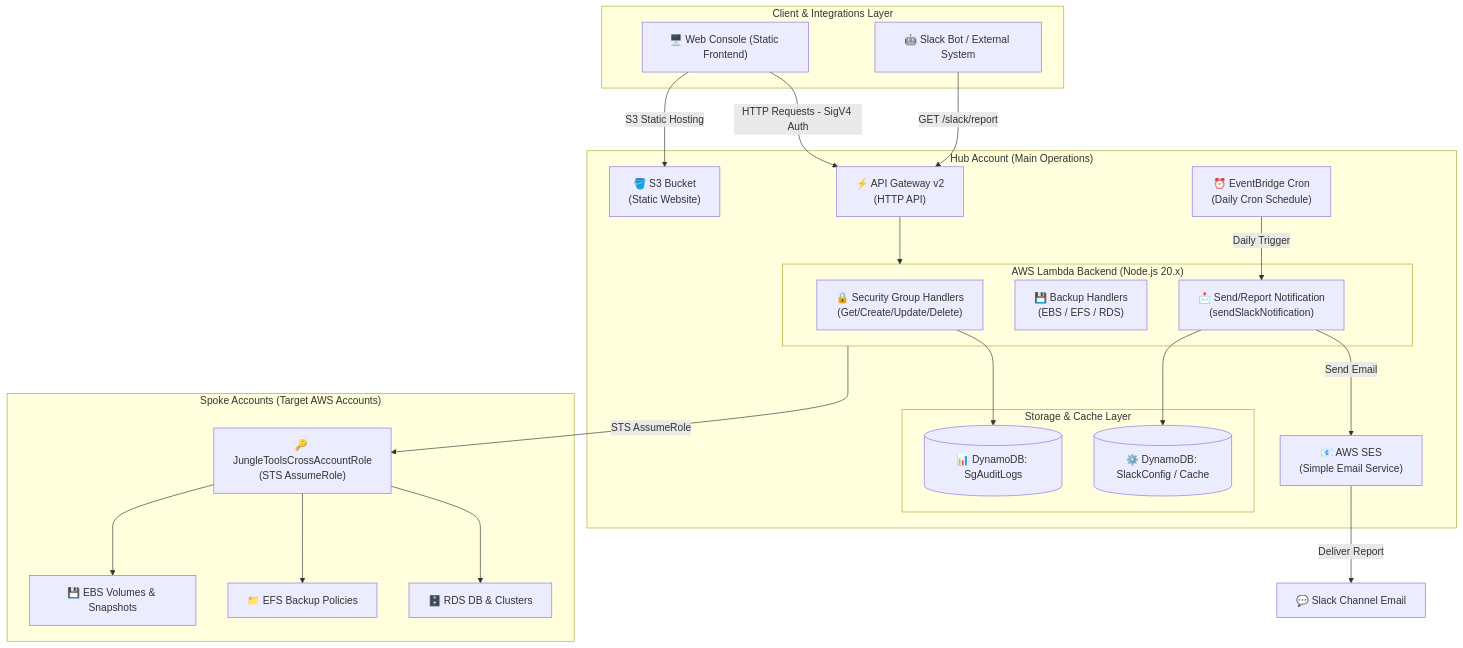
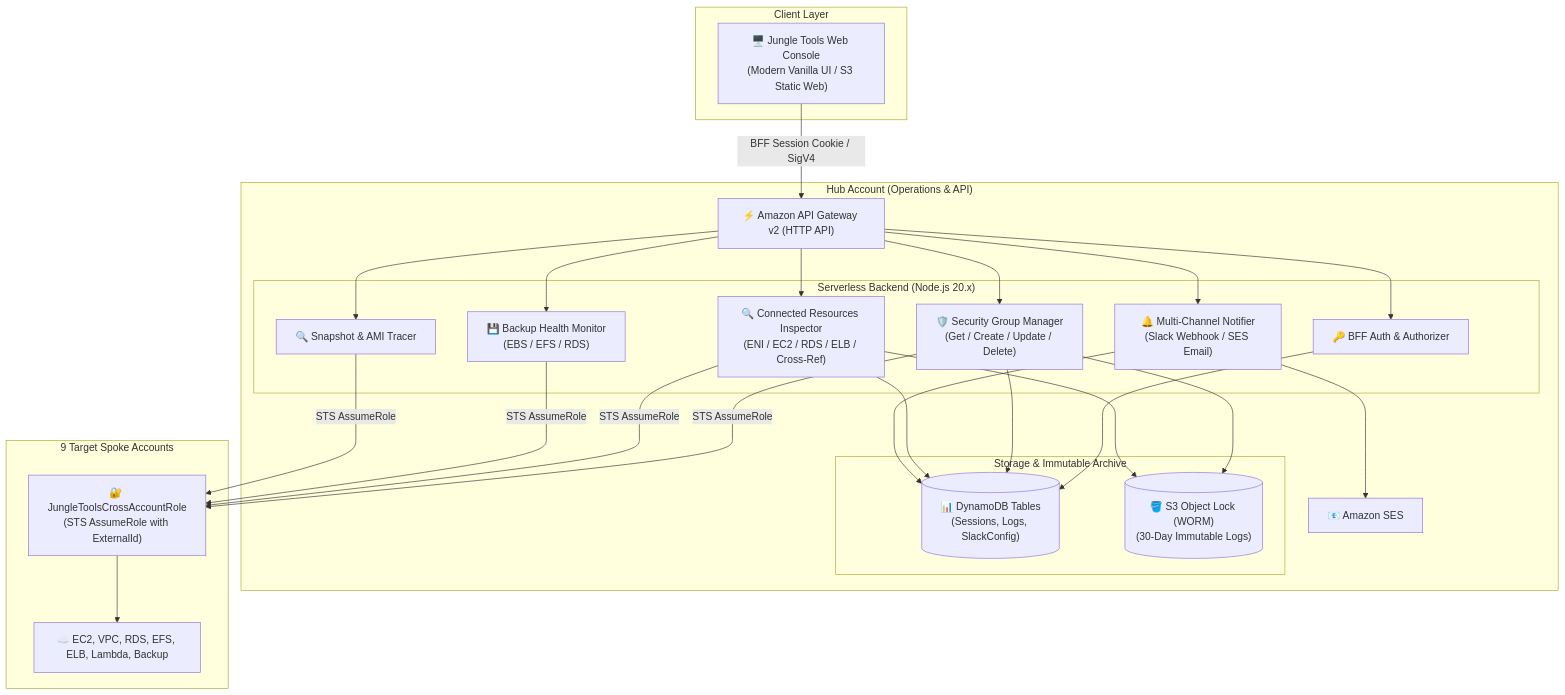
The diagram in docs/README_EN.md (keikun80/jungler), drawn with Mermaid before and after one commit. The commit also changed other lines of this file and 16 other files, not shown here.

````diff
--- a/docs/README_EN.md
+++ b/docs/README_EN.md
@@ -47,50 +121,43 @@
 ```mermaid
 flowchart TB
-    subgraph Client ["Client & Integrations Layer"]
-        Browser["🖥️ Web Console (Static Frontend)"]
-        SlackBot["🤖 Slack Bot / External System"]
+    subgraph Client ["Client Layer"]
+        Browser["🖥️ Jungle Tools Web Console<br/>(Modern Vanilla UI / S3 Static Web)"]
     end
 
-    subgraph HubAccount ["Hub Account (Main Operations)"]
-        S3["🪣 S3 Bucket<br/>(Static Website)"]
-        APIGW["⚡ API Gateway v2<br/>(HTTP API)"]
+    subgraph Hub ["Hub Account (Operations & API)"]
+        APIGW["⚡ Amazon API Gateway v2 (HTTP API)"]
         
-        subgraph Lambdas ["AWS Lambda Backend (Node.js 20.x)"]
-            SG_Func["🔒 Security Group Handlers<br/>(Get/Create/Update/Delete)"]
-            Backup_Func["💾 Backup Handlers<br/>(EBS / EFS / RDS)"]
-            Slack_Func["📩 Send/Report Notification<br/>(sendSlackNotification)"]
+        subgraph Lambdas ["Serverless Backend (Node.js 20.x)"]
+            Auth["🔑 BFF Auth & Authorizer"]
+            SG["🛡️ Security Group Manager<br/>(Get / Create / Update / Delete)"]
+            SGRes["🔍 Connected Resources Inspector<br/>(ENI / EC2 / RDS / ELB / Cross-Ref)"]
+            Backup["💾 Backup Health Monitor<br/>(EBS / EFS / RDS)"]
+            Tracer["🔍 Snapshot & AMI Tracer"]
+            Noti["🔔 Multi-Channel Notifier<br/>(Slack Webhook / SES Email)"]
         end
 
-        subgraph Storage ["Storage & Cache Layer"]
-            AuditDB[("📊 DynamoDB: SgAuditLogs")]
-            SlackDB[("⚙️ DynamoDB: SlackConfig / Cache")]
+        subgraph Storage ["Storage & Immutable Archive"]
+            DDB[("📊 DynamoDB Tables<br/>(Sessions, Logs, SlackConfig)")]
+            S3WORM[("🪣 S3 Object Lock (WORM)<br/>(30-Day Immutable Logs)")]
         end
 
-        SES["📧 AWS SES<br/>(Simple Email Service)"]
-        EventBridge["⏰ EventBridge Cron<br/>(Daily Cron Schedule)"]
+        SES["📧 Amazon SES"]
     end
 
-    subgraph SpokeAccounts ["Spoke Accounts (Target AWS Accounts)"]
-        SpokeRole["🔑 JungleToolsCrossAccountRole<br/>(STS AssumeRole)"]
-        EBS["💾 EBS Volumes & Snapshots"]
-        EFS["📁 EFS Backup Policies"]
-        RDS["🗄️ RDS DB & Clusters"]
+    subgraph Spokes ["9 Target Spoke Accounts"]
+        SpokeIAM["🔐 JungleToolsCrossAccountRole<br/>(STS AssumeRole with ExternalId)"]
+        Resources["☁️ EC2, VPC, RDS, EFS, ELB, Lambda, Backup"]
     end
 
-    Browser -->|S3 Static Hosting| S3
-    Browser -->|HTTP Requests - SigV4 Auth| APIGW
-    SlackBot -->|GET /slack/report| APIGW
-    
-    APIGW --> Lambdas
-    EventBridge -->|Daily Trigger| Slack_Func
+    Browser -->|BFF Session Cookie / SigV4| APIGW
+    APIGW --> Auth
+    APIGW --> SG & SGRes & Backup & Tracer & Noti
 
-    SG_Func --> AuditDB
-    Slack_Func --> SlackDB
-    Slack_Func -->|Send Email| SES
-    SES -->|Deliver Report| SlackChannel["💬 Slack Channel Email"]
+    Auth --> DDB
+    SG & SGRes --> DDB & S3WORM
+    Noti --> DDB
+    Noti --> SES
 
-    Lambdas -->|STS AssumeRole| SpokeRole
-    SpokeRole --> EBS
-    SpokeRole --> EFS
-    SpokeRole --> RDS
+    SG & SGRes & Backup & Tracer -->|STS AssumeRole| SpokeIAM
+    SpokeIAM --> Resources
 ```
````
